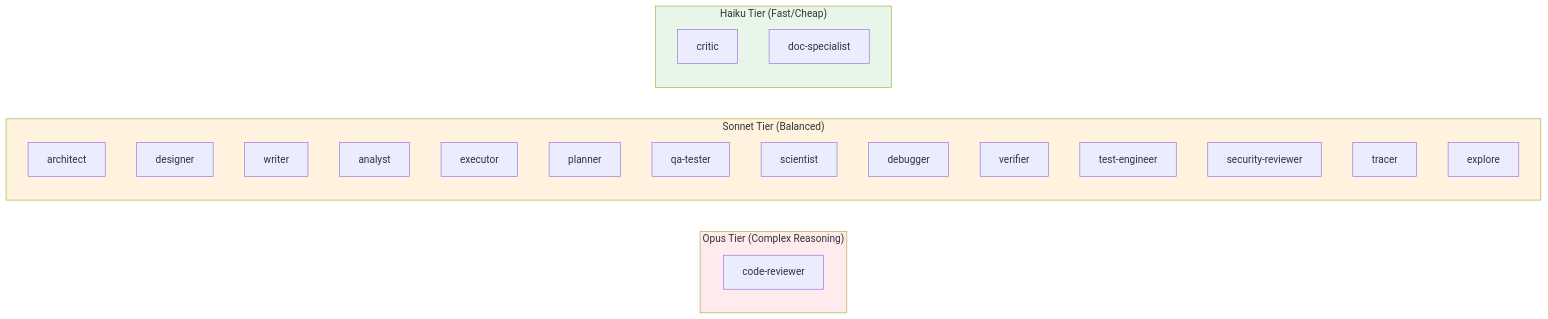
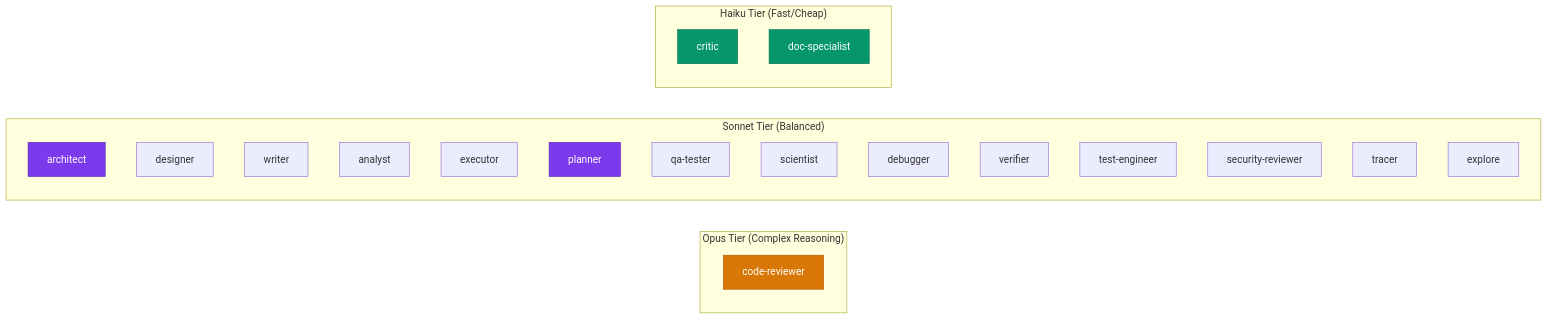
The second of 3 diagrams in oh-my-claudecode/README.md (Codeblackbyshazzy/awesome-ai-anatomy), drawn with Mermaid before and after one commit. The commit also changed other lines of this file and 4 other files, not shown here.

Commit message:
style: unified Mermaid color scheme across all teardowns

````diff
--- a/oh-my-claudecode/README.md
+++ b/oh-my-claudecode/README.md
@@ -104,32 +113,40 @@
 ```mermaid
 flowchart LR
     subgraph OPUS["Opus Tier (Complex Reasoning)"]
         CR["code-reviewer"]
     end
     
     subgraph SONNET["Sonnet Tier (Balanced)"]
         AR["architect"]
         DE["designer"]  
         WR["writer"]
         AN["analyst"]
         EX["executor"]
         PL["planner"]
         QA["qa-tester"]
         SC["scientist"]
         DB["debugger"]
         VR["verifier"]
         TE["test-engineer"]
         SR["security-reviewer"]
         TR["tracer"]
         EXP["explore"]
     end
 
     subgraph HAIKU["Haiku Tier (Fast/Cheap)"]
         CT["critic"]
         DS["doc-specialist"]
     end
 
-    style OPUS fill:#ffebee
-    style SONNET fill:#fff3e0
-    style HAIKU fill:#e8f5e9
+    classDef primary fill:#2563eb,stroke:#1e40af,color:#fff
+    classDef secondary fill:#7c3aed,stroke:#5b21b6,color:#fff
+    classDef accent fill:#059669,stroke:#047857,color:#fff
+    classDef warn fill:#d97706,stroke:#b45309,color:#fff
+    classDef neutral fill:#374151,stroke:#1f2937,color:#fff
+
+    class CR warn
+    class AR secondary
+    class PL secondary
+    class CT accent
+    class DS accent
 ```
````
